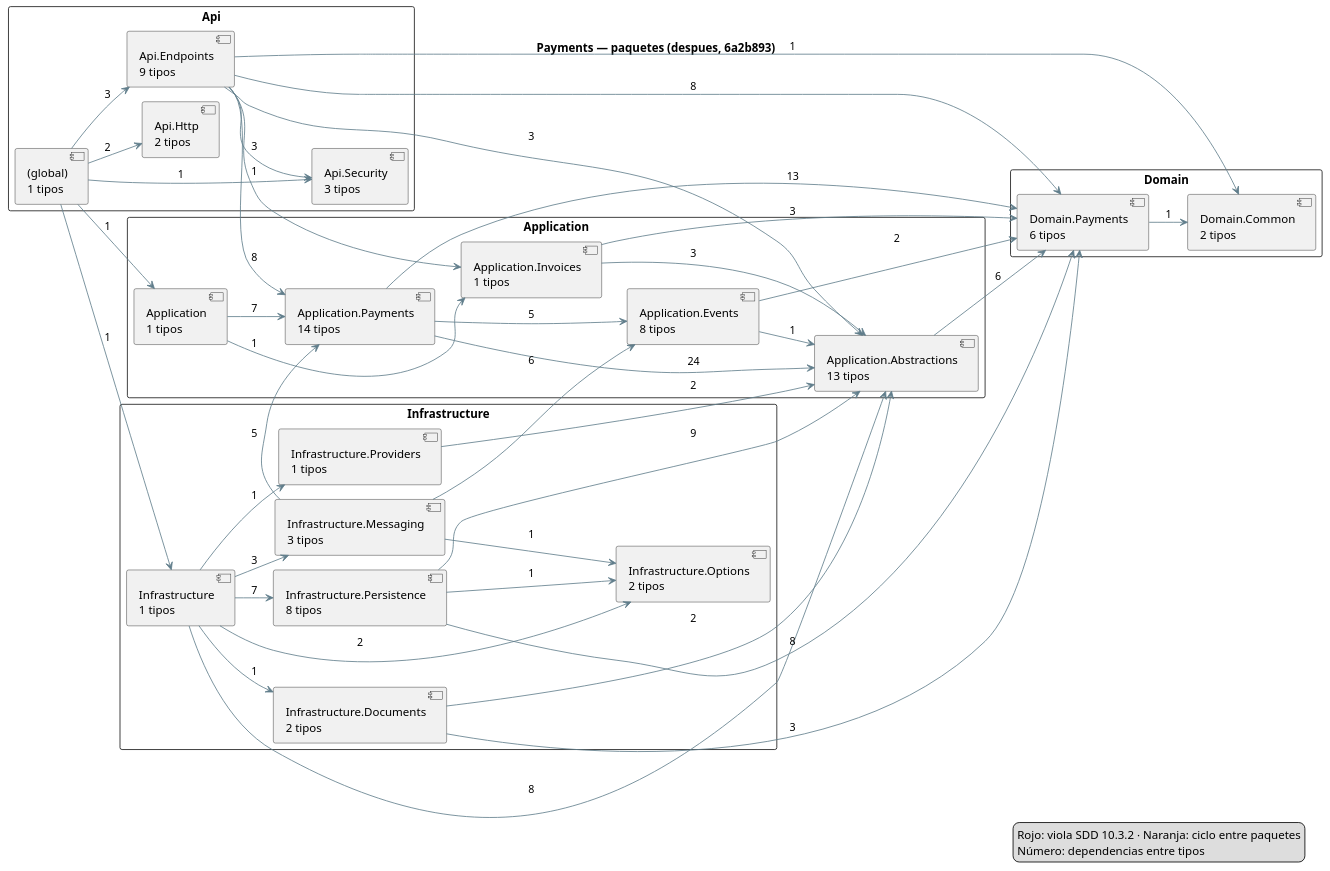
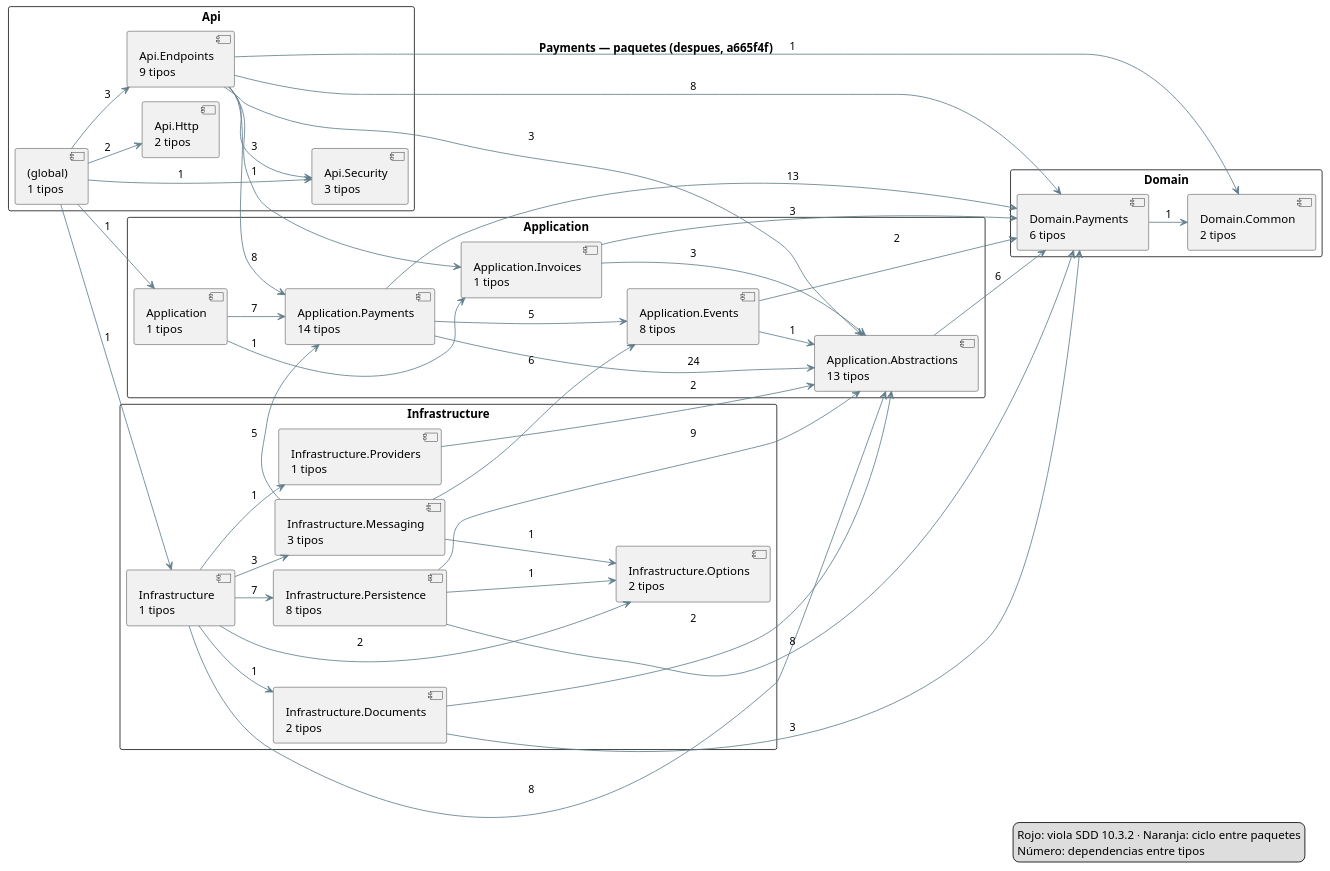
The diagram in docs/architecture/codigo/despues/payments/paquetes.puml (ARQUI-202630/quickpatch), drawn with PlantUML before and after one commit. The commit also changed 83 other files, not shown here.

```diff
--- a/docs/architecture/codigo/despues/payments/paquetes.puml
+++ b/docs/architecture/codigo/despues/payments/paquetes.puml
@@ -1,73 +1,73 @@
 @startuml
 !pragma layout smetana
-title Payments — paquetes (despues, 6a2b893)
+title Payments — paquetes (despues, a665f4f)
 skinparam packageStyle rectangle
 skinparam shadowing false
 left to right direction
 package "Api" {
   component "(global)\n1 tipos" as _global_
   component "Api.Endpoints\n9 tipos" as QuickPatch_Payments_Api_Endpoints
   component "Api.Http\n2 tipos" as QuickPatch_Payments_Api_Http
   component "Api.Security\n3 tipos" as QuickPatch_Payments_Api_Security
 }
 package "Application" {
   component "Application\n1 tipos" as QuickPatch_Payments_Application
   component "Application.Abstractions\n13 tipos" as QuickPatch_Payments_Application_Abstractions
   component "Application.Events\n8 tipos" as QuickPatch_Payments_Application_Events
   component "Application.Invoices\n1 tipos" as QuickPatch_Payments_Application_Invoices
   component "Application.Payments\n14 tipos" as QuickPatch_Payments_Application_Payments
 }
 package "Domain" {
   component "Domain.Common\n2 tipos" as QuickPatch_Payments_Domain_Common
   component "Domain.Payments\n6 tipos" as QuickPatch_Payments_Domain_Payments
 }
 package "Infrastructure" {
   component "Infrastructure\n1 tipos" as QuickPatch_Payments_Infrastructure
   component "Infrastructure.Documents\n2 tipos" as QuickPatch_Payments_Infrastructure_Documents
   component "Infrastructure.Messaging\n3 tipos" as QuickPatch_Payments_Infrastructure_Messaging
   component "Infrastructure.Options\n2 tipos" as QuickPatch_Payments_Infrastructure_Options
   component "Infrastructure.Persistence\n8 tipos" as QuickPatch_Payments_Infrastructure_Persistence
   component "Infrastructure.Providers\n1 tipos" as QuickPatch_Payments_Infrastructure_Providers
 }
 _global_ --> QuickPatch_Payments_Api_Endpoints #607D8B : 3
 _global_ --> QuickPatch_Payments_Api_Http #607D8B : 2
 _global_ --> QuickPatch_Payments_Api_Security #607D8B : 1
 _global_ --> QuickPatch_Payments_Application #607D8B : 1
 _global_ --> QuickPatch_Payments_Infrastructure #607D8B : 1
 QuickPatch_Payments_Api_Endpoints --> QuickPatch_Payments_Api_Security #607D8B : 3
 QuickPatch_Payments_Api_Endpoints --> QuickPatch_Payments_Application_Abstractions #607D8B : 3
 QuickPatch_Payments_Api_Endpoints --> QuickPatch_Payments_Application_Invoices #607D8B : 1
 QuickPatch_Payments_Api_Endpoints --> QuickPatch_Payments_Application_Payments #607D8B : 8
 QuickPatch_Payments_Api_Endpoints --> QuickPatch_Payments_Domain_Common #607D8B : 1
 QuickPatch_Payments_Api_Endpoints --> QuickPatch_Payments_Domain_Payments #607D8B : 8
 QuickPatch_Payments_Application --> QuickPatch_Payments_Application_Invoices #607D8B : 1
 QuickPatch_Payments_Application --> QuickPatch_Payments_Application_Payments #607D8B : 7
 QuickPatch_Payments_Application_Abstractions --> QuickPatch_Payments_Domain_Payments #607D8B : 6
 QuickPatch_Payments_Application_Events --> QuickPatch_Payments_Application_Abstractions #607D8B : 1
 QuickPatch_Payments_Application_Events --> QuickPatch_Payments_Domain_Payments #607D8B : 2
 QuickPatch_Payments_Application_Invoices --> QuickPatch_Payments_Application_Abstractions #607D8B : 3
 QuickPatch_Payments_Application_Invoices --> QuickPatch_Payments_Domain_Payments #607D8B : 3
 QuickPatch_Payments_Application_Payments --> QuickPatch_Payments_Application_Abstractions #607D8B : 24
 QuickPatch_Payments_Application_Payments --> QuickPatch_Payments_Application_Events #607D8B : 5
 QuickPatch_Payments_Application_Payments --> QuickPatch_Payments_Domain_Payments #607D8B : 13
 QuickPatch_Payments_Domain_Payments --> QuickPatch_Payments_Domain_Common #607D8B : 1
 QuickPatch_Payments_Infrastructure --> QuickPatch_Payments_Application_Abstractions #607D8B : 8
 QuickPatch_Payments_Infrastructure --> QuickPatch_Payments_Infrastructure_Documents #607D8B : 1
 QuickPatch_Payments_Infrastructure --> QuickPatch_Payments_Infrastructure_Messaging #607D8B : 3
 QuickPatch_Payments_Infrastructure --> QuickPatch_Payments_Infrastructure_Options #607D8B : 2
 QuickPatch_Payments_Infrastructure --> QuickPatch_Payments_Infrastructure_Persistence #607D8B : 7
 QuickPatch_Payments_Infrastructure --> QuickPatch_Payments_Infrastructure_Providers #607D8B : 1
 QuickPatch_Payments_Infrastructure_Documents --> QuickPatch_Payments_Application_Abstractions #607D8B : 2
 QuickPatch_Payments_Infrastructure_Documents --> QuickPatch_Payments_Domain_Payments #607D8B : 3
 QuickPatch_Payments_Infrastructure_Messaging --> QuickPatch_Payments_Application_Events #607D8B : 6
 QuickPatch_Payments_Infrastructure_Messaging --> QuickPatch_Payments_Application_Payments #607D8B : 5
 QuickPatch_Payments_Infrastructure_Messaging --> QuickPatch_Payments_Infrastructure_Options #607D8B : 1
 QuickPatch_Payments_Infrastructure_Persistence --> QuickPatch_Payments_Application_Abstractions #607D8B : 9
 QuickPatch_Payments_Infrastructure_Persistence --> QuickPatch_Payments_Domain_Payments #607D8B : 8
 QuickPatch_Payments_Infrastructure_Persistence --> QuickPatch_Payments_Infrastructure_Options #607D8B : 1
 QuickPatch_Payments_Infrastructure_Providers --> QuickPatch_Payments_Application_Abstractions #607D8B : 2
 legend right
 Rojo: viola SDD 10.3.2 · Naranja: ciclo entre paquetes
 Número: dependencias entre tipos
 endlegend
 @enduml
```
